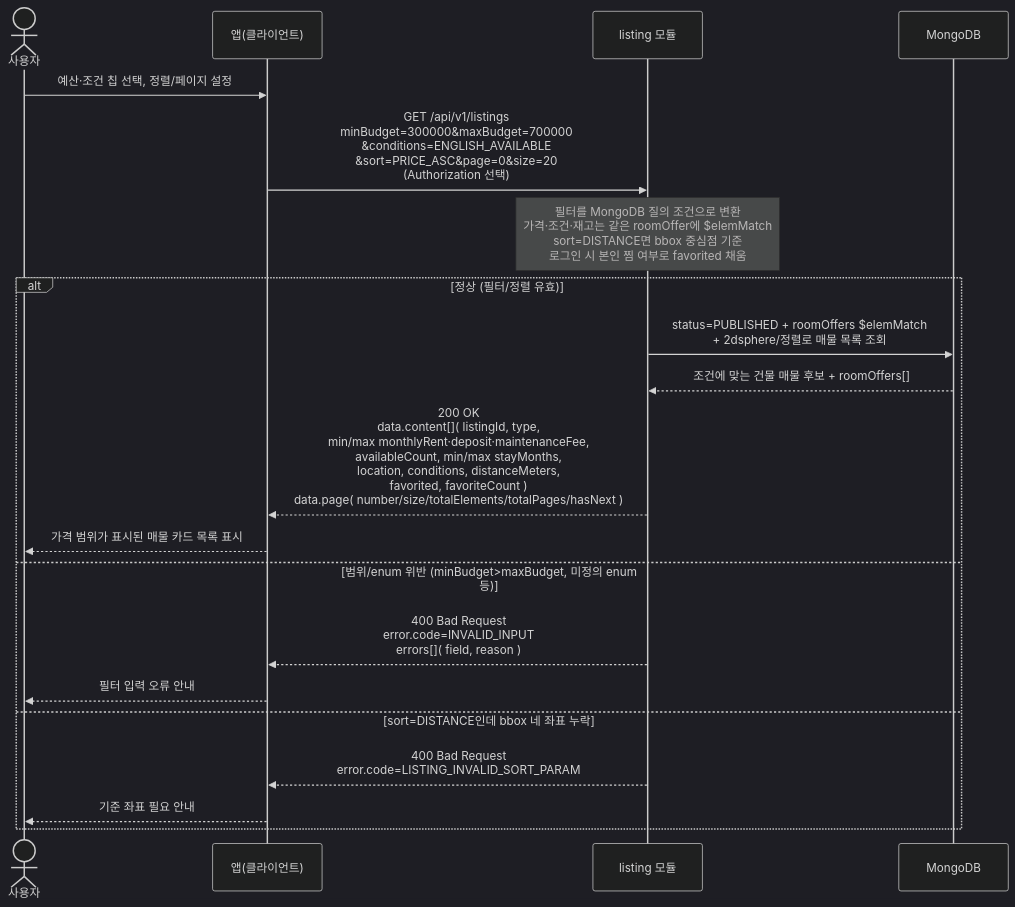
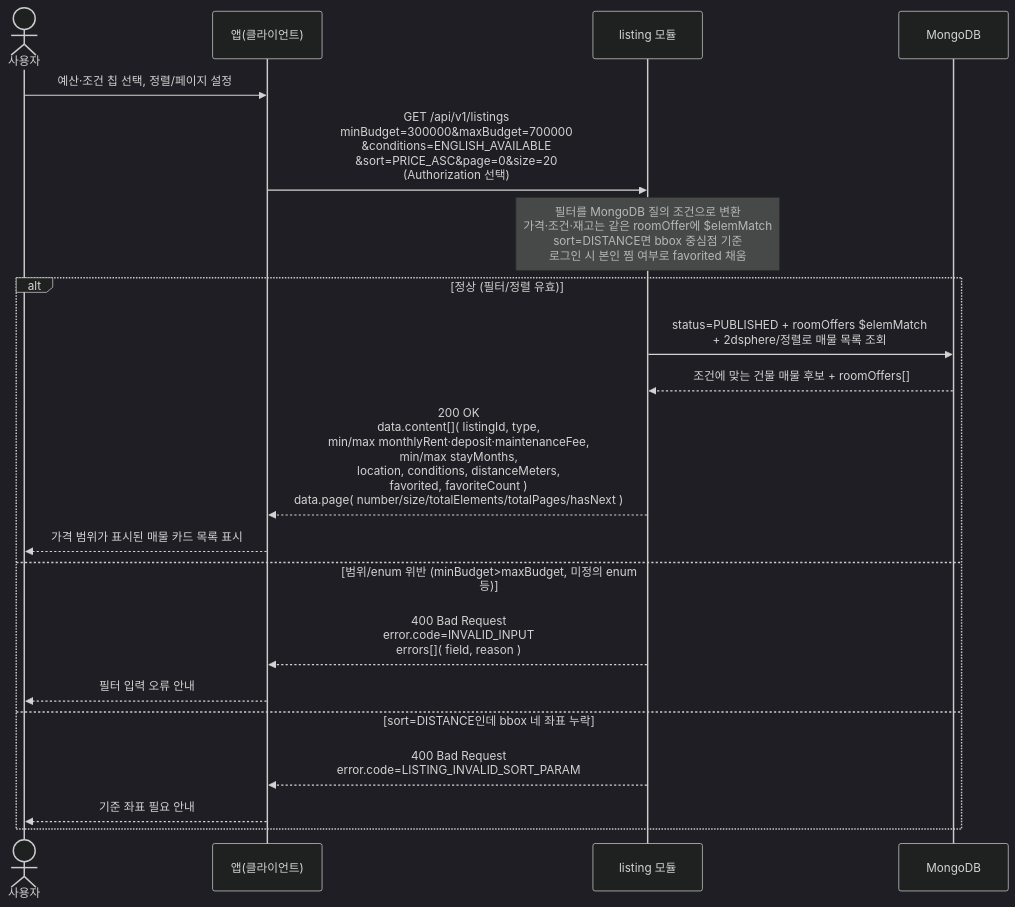
Before and after one commit to swyp-app-5th-team1/Kohere-backend: the diagram in docs/architecture/sequence-diagrams/03-listings-favorites/us-3-1-listing-list-explore.md, drawn with Mermaid (dark theme). The commit also changed other lines of this file and 3 other files, not shown here.

````diff
--- a/docs/architecture/sequence-diagrams/03-listings-favorites/us-3-1-listing-list-explore.md
+++ b/docs/architecture/sequence-diagrams/03-listings-favorites/us-3-1-listing-list-explore.md
@@ -5,23 +5,23 @@
 ```mermaid
 sequenceDiagram
     actor U as 사용자
     participant C as 앱(클라이언트)
     participant LIST as listing 모듈
     participant DB as MongoDB
 
     U->>C: 예산·조건 칩 선택, 정렬/페이지 설정
     C->>LIST: GET /api/v1/listings<br/>minBudget=300000&maxBudget=700000<br/>&conditions=ENGLISH_AVAILABLE<br/>&sort=PRICE_ASC&page=0&size=20<br/>(Authorization 선택)
     Note over LIST: 필터를 MongoDB 질의 조건으로 변환<br/>가격·조건·재고는 같은 roomOffer에 $elemMatch<br/>sort=DISTANCE면 bbox 중심점 기준<br/>로그인 시 본인 찜 여부로 favorited 채움
     alt 정상 (필터/정렬 유효)
         LIST->>DB: status=PUBLISHED + roomOffers $elemMatch<br/>+ 2dsphere/정렬로 매물 목록 조회
         DB-->>LIST: 조건에 맞는 건물 매물 후보 + roomOffers[]
-        LIST-->>C: 200 OK<br/>data.content[]( listingId, type,<br/>min/max monthlyRent·deposit·maintenanceFee,<br/>availableCount, min/max stayMonths,<br/>location, conditions, distanceMeters,<br/>favorited, favoriteCount )<br/>data.page( number/size/totalElements/totalPages/hasNext )
+        LIST-->>C: 200 OK<br/>data.content[]( listingId, type,<br/>min/max monthlyRent·deposit·maintenanceFee,<br/>min/max stayMonths,<br/>location, conditions, distanceMeters,<br/>favorited, favoriteCount )<br/>data.page( number/size/totalElements/totalPages/hasNext )
         C-->>U: 가격 범위가 표시된 매물 카드 목록 표시
     else 범위/enum 위반 (minBudget>maxBudget, 미정의 enum 등)
         LIST-->>C: 400 Bad Request<br/>error.code=INVALID_INPUT<br/>errors[]( field, reason )
         C-->>U: 필터 입력 오류 안내
     else sort=DISTANCE인데 bbox 네 좌표 누락
         LIST-->>C: 400 Bad Request<br/>error.code=LISTING_INVALID_SORT_PARAM
         C-->>U: 기준 좌표 필요 안내
     end
 ```
````
